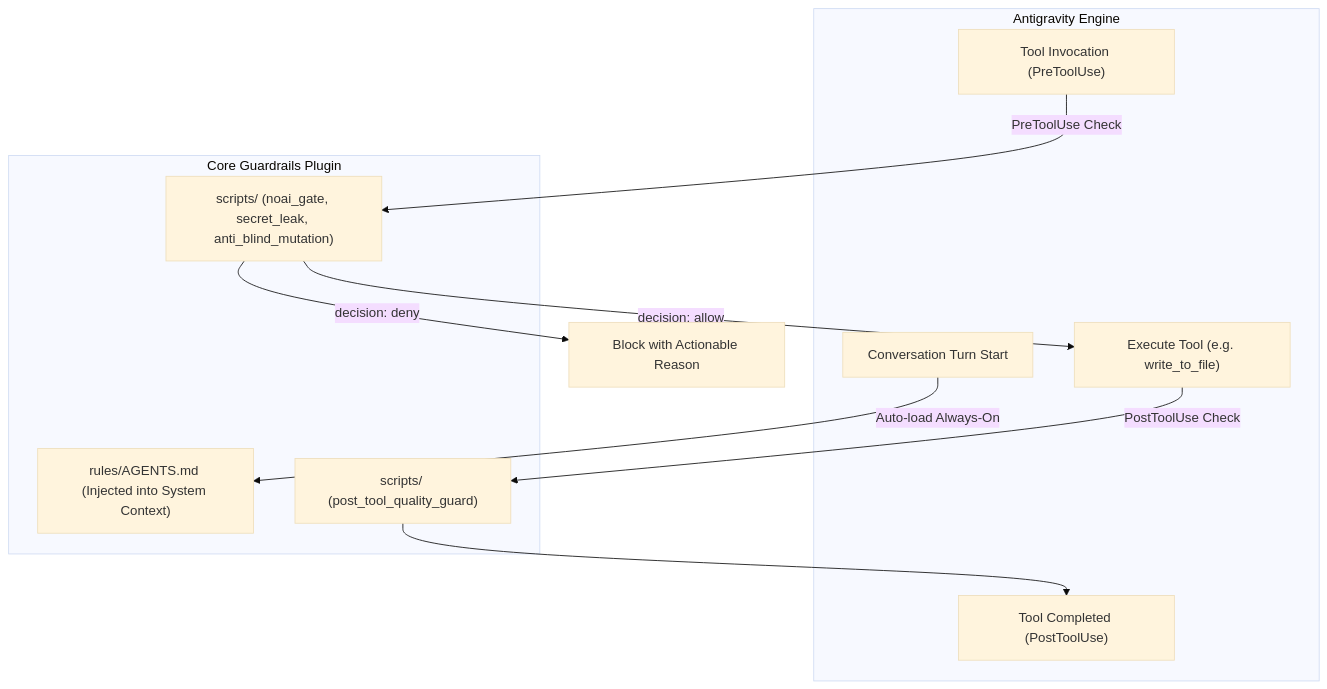
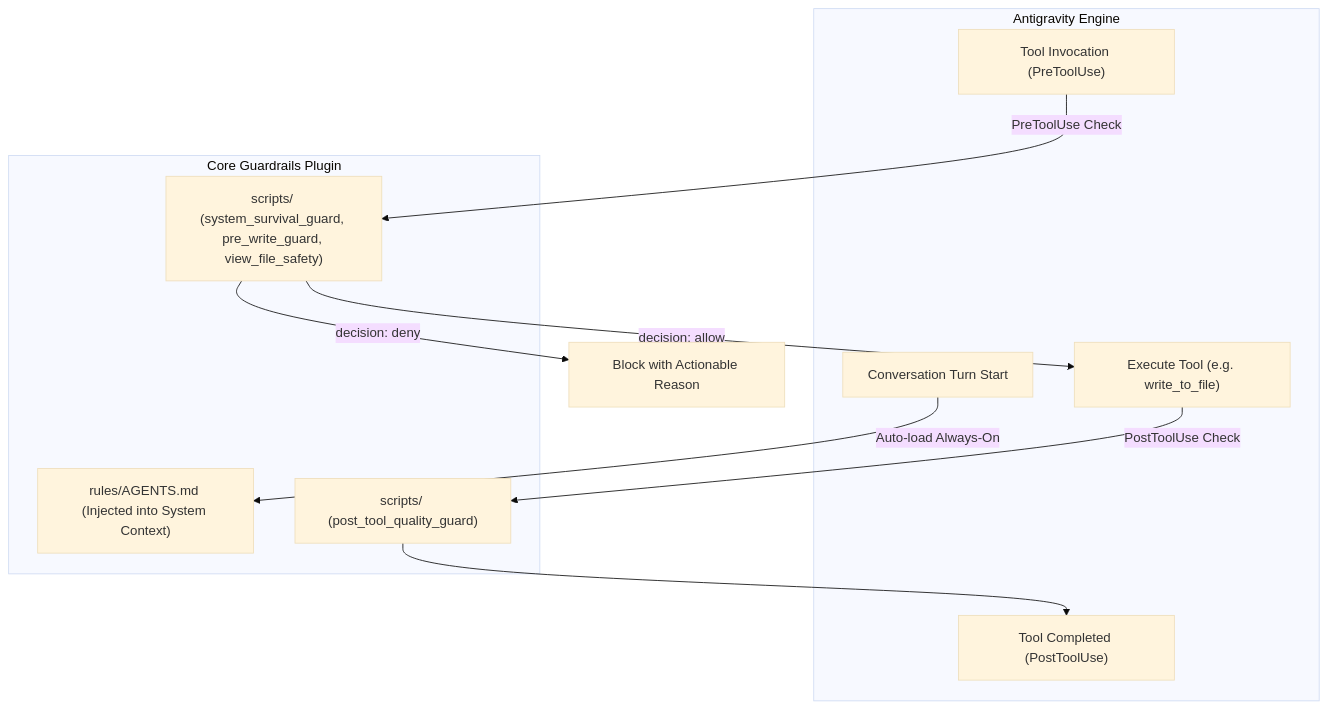
Before and after one commit to evolyob/cyberhardening-skills: the diagram in examples/plugins/core-guardrails/README.md, drawn with Mermaid (base theme). The commit also changed 2 other files, not shown here.

Commit message:
docs: align READMEs with consolidated guardrail scripts and subagent topologies

````diff
--- a/examples/plugins/core-guardrails/README.md
+++ b/examples/plugins/core-guardrails/README.md
@@ -11,22 +11,22 @@
 ```mermaid
 graph TD
     subgraph Antigravity Engine
         TurnStart["Conversation Turn Start"]
         ToolCall["Tool Invocation (PreToolUse)"]
         ToolExec["Execute Tool (e.g. write_to_file)"]
         ToolDone["Tool Completed (PostToolUse)"]
     end
 
     subgraph Core Guardrails Plugin
         AgentsRule["rules/AGENTS.md (Injected into System Context)"]
-        PreHook["scripts/ (noai_gate, secret_leak, anti_blind_mutation)"]
+        PreHook["scripts/ (system_survival_guard, pre_write_guard, view_file_safety)"]
         PostHook["scripts/ (post_tool_quality_guard)"]
     end
 
     TurnStart -->|Auto-load Always-On| AgentsRule
     ToolCall -->|PreToolUse Check| PreHook
     PreHook -->|decision: allow| ToolExec
     PreHook -->|decision: deny| Block["Block with Actionable Reason"]
     ToolExec -->|PostToolUse Check| PostHook
     PostHook --> ToolDone
 ```
````
